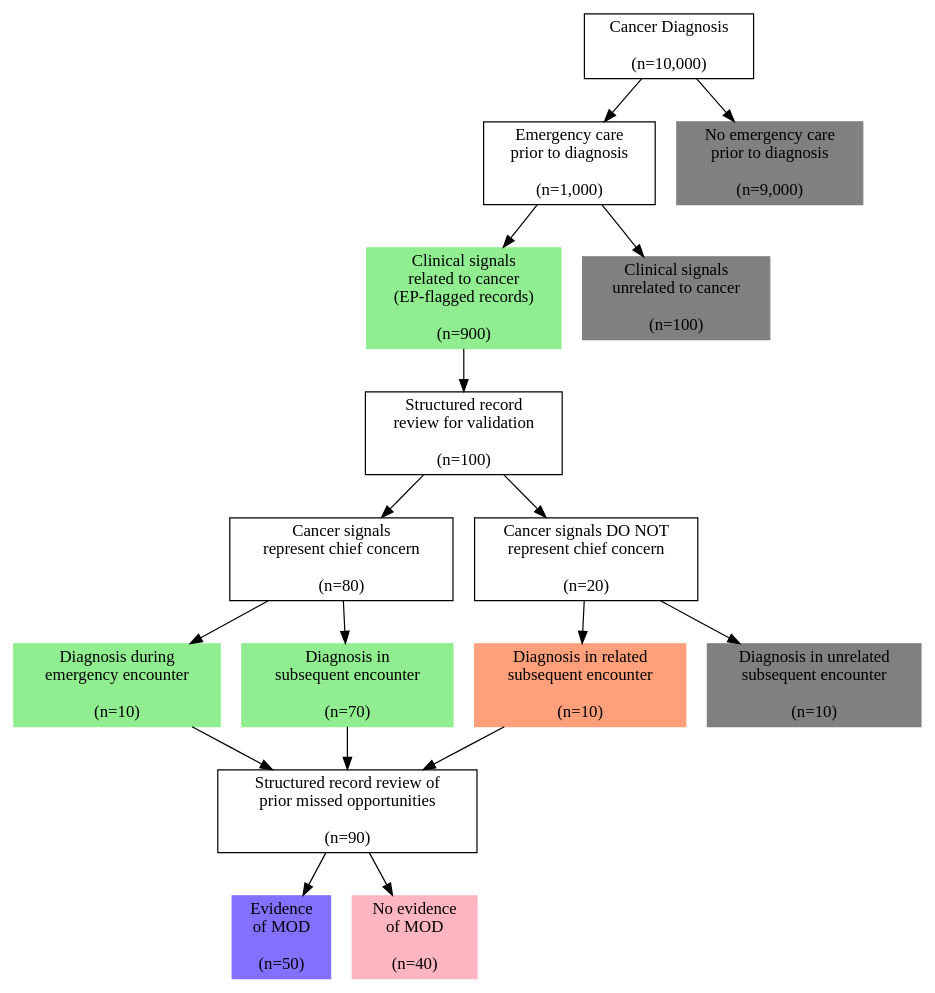
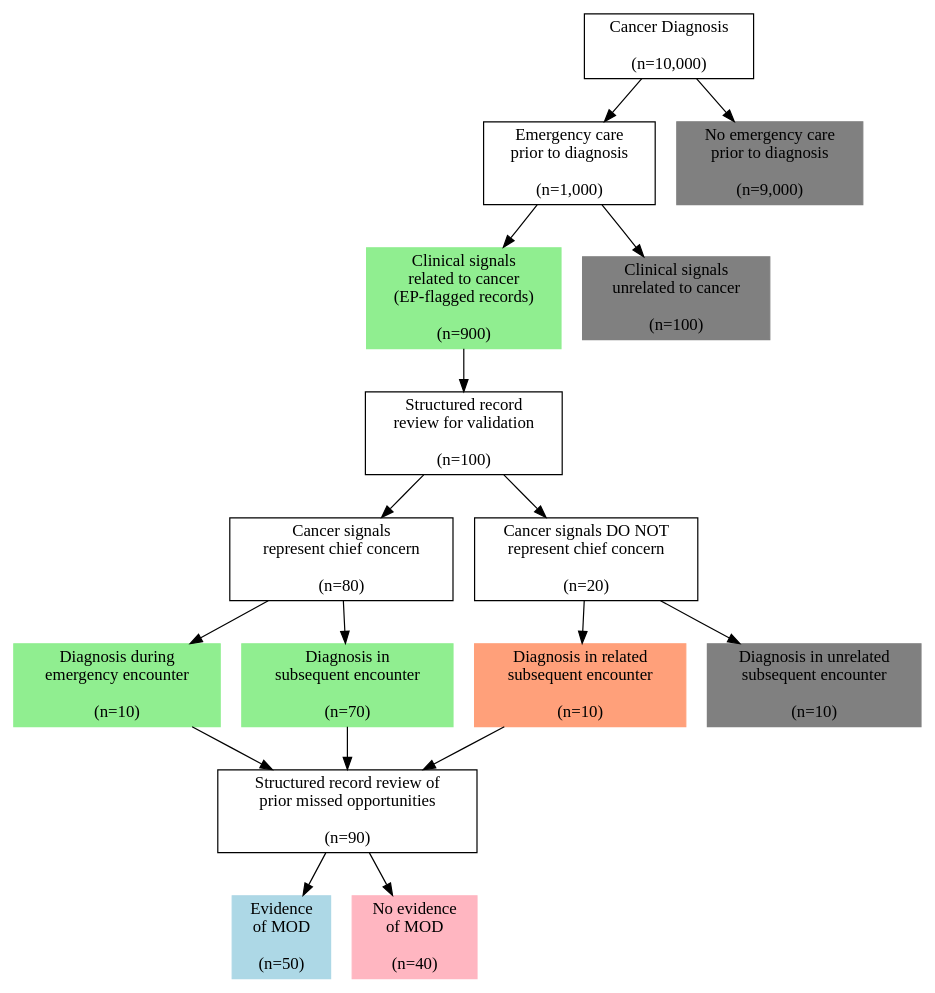
The diagram in consort.dot (zimolzak/MooreMeasures), drawn with Graphviz before and after one commit.

Commit message:
Not so dark.

```diff
--- a/consort.dot
+++ b/consort.dot
@@ -1,46 +1,46 @@
 digraph{
 
 # Nodes
 
 cancer_dx[shape=rectangle, label="Cancer Diagnosis\n\n(n=10,000)"]
 emerg[shape=rectangle, label="Emergency care\nprior to diagnosis\n\n(n=1,000)"]
 no_emerg[shape=rectangle, label="No emergency care\nprior to diagnosis\n\n(n=9,000)", style=filled, color=grey]
 signals_related[shape=rectangle, label="Clinical signals\nrelated to cancer\n(EP-flagged records)\n\n(n=900)", style=filled, color=lightgreen]
 signals_unrelated[shape=rectangle, label="Clinical signals\nunrelated to cancer\n\n(n=100)", style=filled, color=grey]
 
 review_sample[shape=rectangle, label="Structured record\nreview for validation\n\n(n=100)"]
 chief_concern[shape=rectangle, label="Cancer signals\nrepresent chief concern\n\n(n=80)"]
 not_chief[shape=rectangle, label="Cancer signals DO NOT\nrepresent chief concern\n\n(n=20)"]
 
 dx_during_type1[shape=rectangle, label="Diagnosis during\nemergency encounter\n\n(n=10)", style=filled, color=lightgreen]
 dx_later_type2[shape=rectangle, label="Diagnosis in\nsubsequent encounter\n\n(n=70)", style=filled, color=lightgreen]
 dx_related_type3_incidental[shape=rectangle, label="Diagnosis in related\nsubsequent encounter\n\n(n=10)", style=filled, color=lightsalmon]
 dx_unrelated_nonEP_FP[shape=rectangle, label="Diagnosis in unrelated\nsubsequent encounter\n\n(n=10)", style=filled, color=grey]
 
 MOD_review[shape=rectangle, label="Structured record review of\nprior missed opportunities\n\n(n=90)"]
-yes_MOD[shape=rectangle, label="Evidence\nof MOD\n\n(n=50)", style=filled, color=lightslateblue]
+yes_MOD[shape=rectangle, label="Evidence\nof MOD\n\n(n=50)", style=filled, color=lightblue]
 no_MOD[shape=rectangle, label="No evidence\nof MOD\n\n(n=40)", style=filled, color=lightpink]
 
 # Edges
 
 cancer_dx -> emerg
 cancer_dx -> no_emerg
 emerg -> signals_unrelated
 emerg -> signals_related
 
 signals_related -> review_sample
 review_sample -> chief_concern
 review_sample -> not_chief
 chief_concern -> dx_during_type1
 chief_concern -> dx_later_type2
 not_chief -> dx_related_type3_incidental
 not_chief -> dx_unrelated_nonEP_FP
 
 dx_during_type1 -> MOD_review
 dx_later_type2 -> MOD_review
 dx_related_type3_incidental -> MOD_review
 
 MOD_review -> yes_MOD
 MOD_review -> no_MOD
 
 }
```
